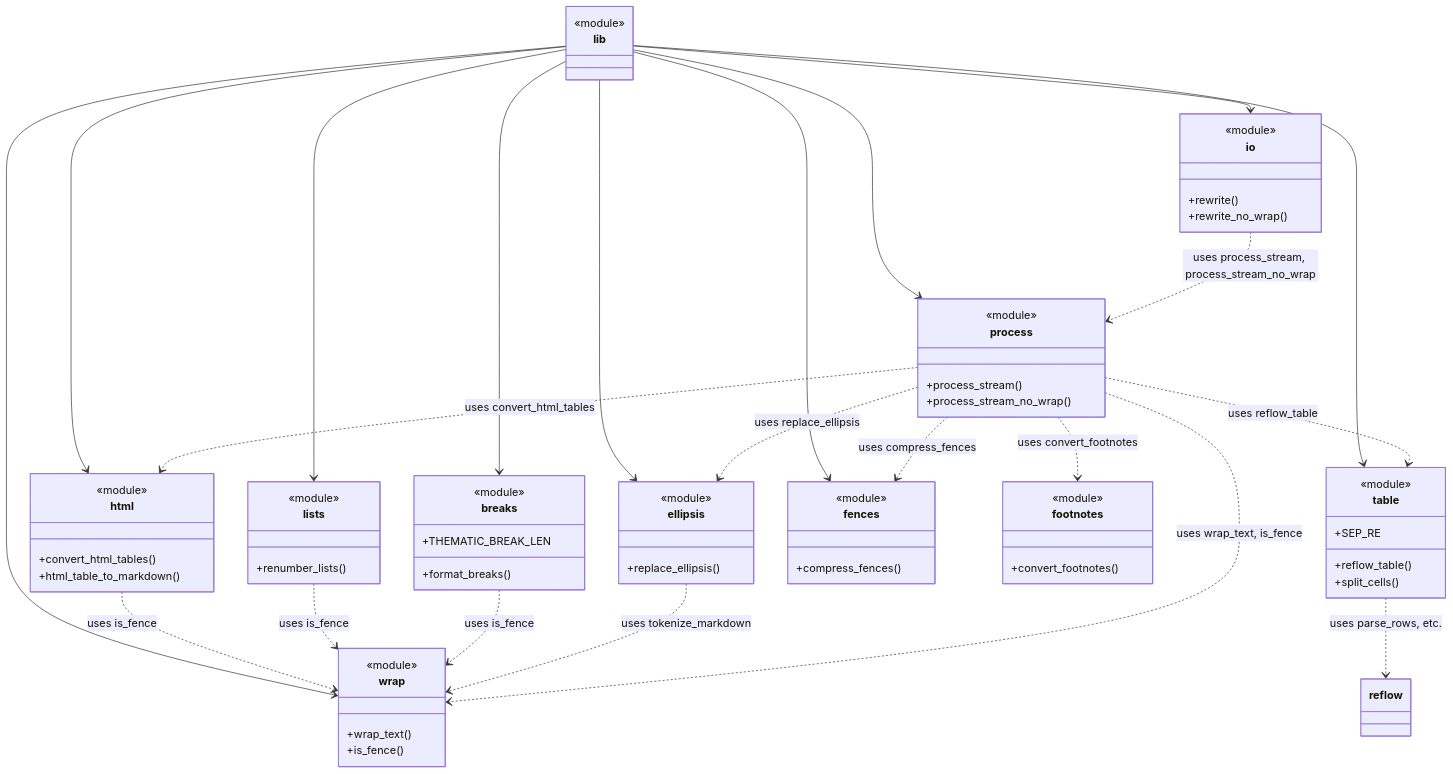
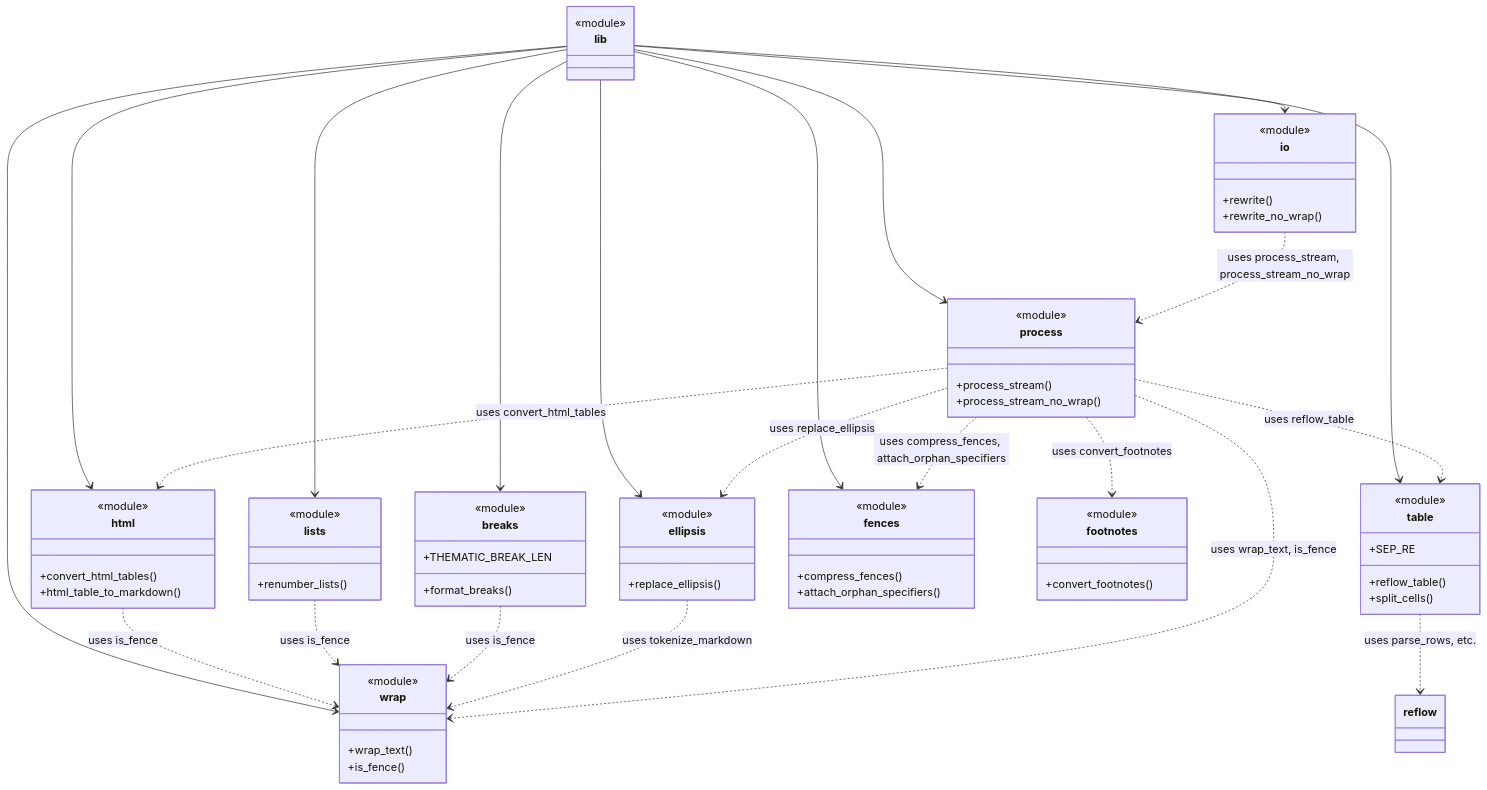
One commit to leynos/mdtablefix changed the diagram in docs/module-relationships.md. Above: the diagram before and after it, drawn with Mermaid. The commit also changed 3 other files, not shown here.

````diff
--- a/docs/module-relationships.md
+++ b/docs/module-relationships.md
@@ -5,74 +5,75 @@
 ```mermaid
 classDiagram
     class lib {
         <<module>>
     }
     class html {
         <<module>>
         +convert_html_tables()
         +html_table_to_markdown()
     }
     class table {
         <<module>>
         +reflow_table()
         +split_cells()
         +SEP_RE
     }
     class wrap {
         <<module>>
         +wrap_text()
         +is_fence()
     }
     class lists {
         <<module>>
         +renumber_lists()
     }
     class breaks {
         <<module>>
         +format_breaks()
         +THEMATIC_BREAK_LEN
     }
     class ellipsis {
         <<module>>
         +replace_ellipsis()
     }
     class fences {
         <<module>>
         +compress_fences()
+        +attach_orphan_specifiers()
     }
     class footnotes {
         <<module>>
         +convert_footnotes()
     }
     class process {
         <<module>>
         +process_stream()
         +process_stream_no_wrap()
     }
     class io {
         <<module>>
         +rewrite()
         +rewrite_no_wrap()
     }
     lib --> html
     lib --> table
     lib --> wrap
     lib --> lists
     lib --> breaks
     lib --> ellipsis
     lib --> fences
     lib --> process
     lib --> io
     html ..> wrap : uses is_fence
     table ..> reflow : uses parse_rows, etc.
     lists ..> wrap : uses is_fence
     breaks ..> wrap : uses is_fence
     ellipsis ..> wrap : uses tokenize_markdown
     process ..> html : uses convert_html_tables
     process ..> table : uses reflow_table
     process ..> wrap : uses wrap_text, is_fence
-    process ..> fences : uses compress_fences
+    process ..> fences : uses compress_fences, attach_orphan_specifiers
     process ..> ellipsis : uses replace_ellipsis
     process ..> footnotes : uses convert_footnotes
     io ..> process : uses process_stream, process_stream_no_wrap
 ```
````
